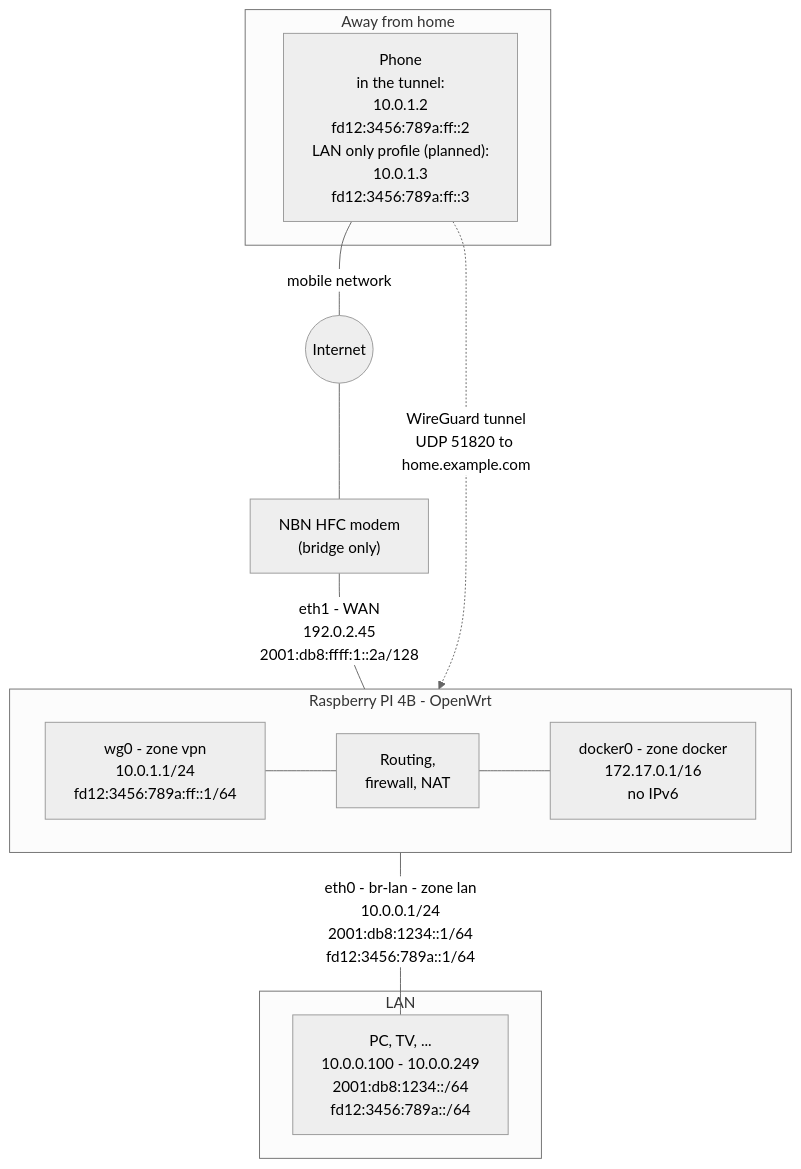
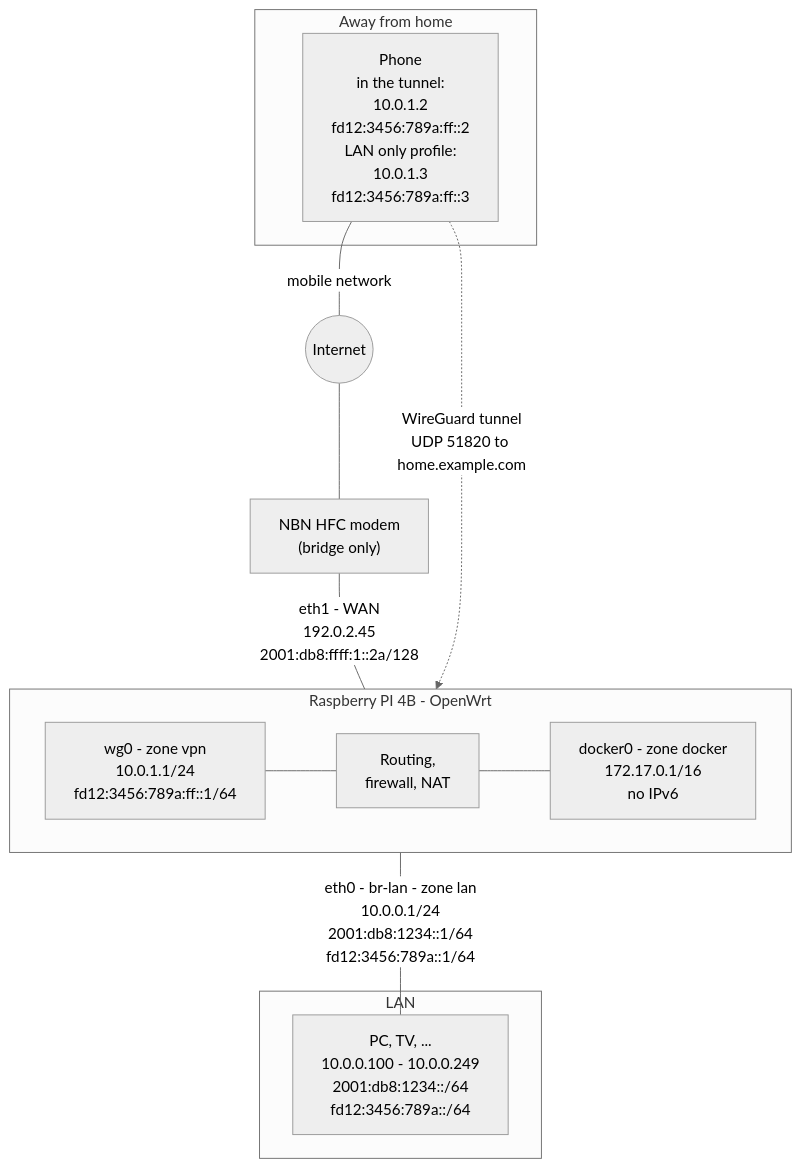
The diagram in content/docs/articles/Networking/openwrt-raspberry-pi-4b-wireguard.md (ThomasZeman/tomcore-website), drawn with Mermaid (neutral theme) before and after one commit. The commit also changed other lines of this file and 1 other file, not shown here.

First line of the commit message:
Mark the LAN-only WireGuard profile as set up and tested

```diff
--- a/content/docs/articles/Networking/openwrt-raspberry-pi-4b-wireguard.md
+++ b/content/docs/articles/Networking/openwrt-raspberry-pi-4b-wireguard.md
@@ -80,22 +80,22 @@
 {{< mermaid >}}
 flowchart TB
   subgraph away["Away from home"]
-    phone["Phone<br/>in the tunnel:<br/>10.0.1.2<br/>fd12:3456:789a:ff::2<br/>LAN only profile (planned):<br/>10.0.1.3<br/>fd12:3456:789a:ff::3"]
+    phone["Phone<br/>in the tunnel:<br/>10.0.1.2<br/>fd12:3456:789a:ff::2<br/>LAN only profile:<br/>10.0.1.3<br/>fd12:3456:789a:ff::3"]
   end
   phone ---|"mobile network"| inet(("Internet"))
   inet --- modem["NBN HFC modem<br/>(bridge only)"]
   modem ---|"eth1 - WAN<br/>192.0.2.45<br/>2001:db8:ffff:1::2a/128"| fw
   subgraph pi["Raspberry PI 4B - OpenWrt"]
     direction LR
     wg0["wg0 - zone vpn<br/>10.0.1.1/24<br/>fd12:3456:789a:ff::1/64"]
     fw["Routing,<br/>firewall, NAT"]
     docker0["docker0 - zone docker<br/>172.17.0.1/16<br/>no IPv6"]
     wg0 --- fw
     fw --- docker0
   end
   fw ---|"eth0 - br-lan - zone lan<br/>10.0.0.1/24<br/>2001:db8:1234::1/64<br/>fd12:3456:789a::1/64"| lan
   subgraph home["LAN"]
     lan["PC, TV, ...<br/>10.0.0.100 - 10.0.0.249<br/>2001:db8:1234::/64<br/>fd12:3456:789a::/64"]
   end
   phone -. "WireGuard tunnel<br/>UDP 51820 to home.example.com" .-> wg0
 {{< /mermaid >}}
```
